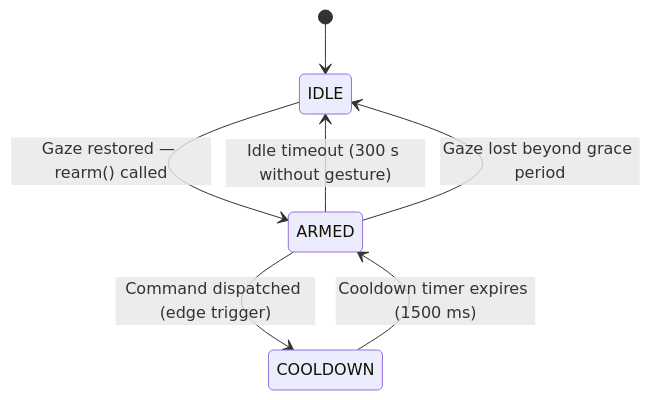
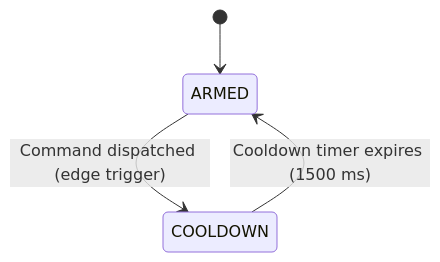
One commit to ntsrigaud/Maestro changed the third of 6 diagrams in docs/architecture/process-view.md. Above: the diagram before and after it, drawn with Mermaid. The commit also changed other lines of this file and 3 other files, not shown here.

Commit message:
docs: update architectural documentations for IDLE state removal

````diff
--- a/docs/architecture/process-view.md
+++ b/docs/architecture/process-view.md
@@ -111,10 +111,7 @@
 ```mermaid
 stateDiagram-v2
-    [*] --> IDLE
+    [*] --> ARMED
 
     ARMED --> COOLDOWN : Command dispatched (edge trigger)
-    ARMED --> IDLE : Idle timeout (300 s without gesture)
-    ARMED --> IDLE : Gaze lost beyond grace period
     COOLDOWN --> ARMED : Cooldown timer expires (1500 ms)
-    IDLE --> ARMED : Gaze restored — rearm() called
 ```
````
